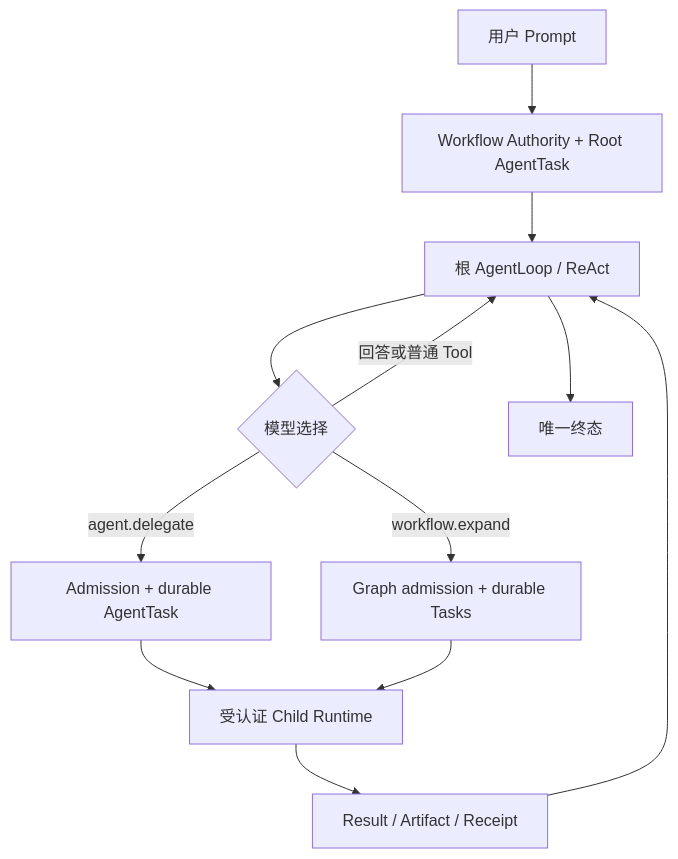
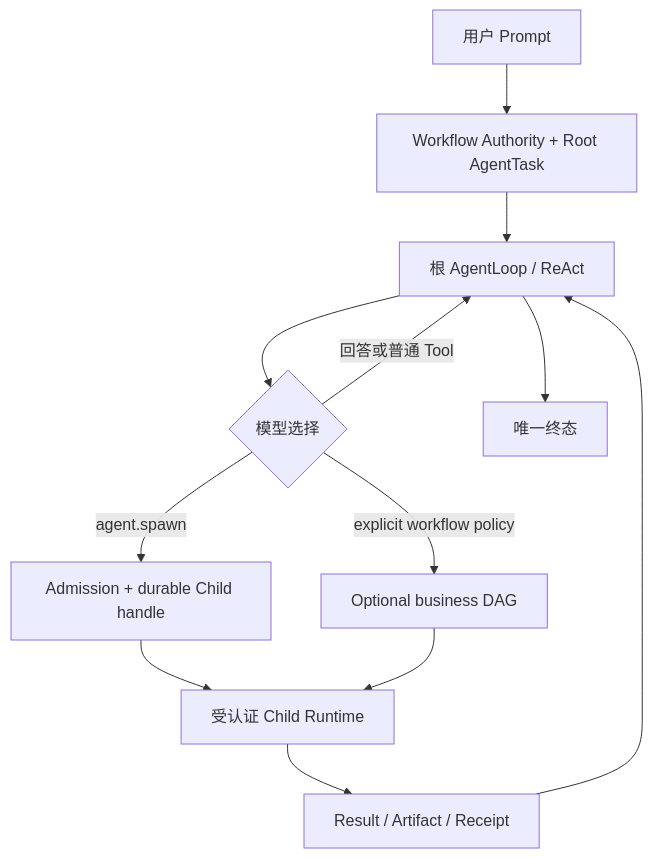
The diagram in README.md (zr314/praxis-architecture-showcase), drawn with Mermaid before and after one commit. The commit also changed other lines of this file and 111 other files, not shown here.

````diff
--- a/README.md
+++ b/README.md
@@ -103,14 +105,14 @@
 ```mermaid
 flowchart TD
     P["用户 Prompt"] --> W["Workflow Authority + Root AgentTask"]
     W --> L["根 AgentLoop / ReAct"]
     L --> D{"模型选择"}
     D -->|"回答或普通 Tool"| L
-    D -->|"agent.delegate"| A["Admission + durable AgentTask"]
-    D -->|"workflow.expand"| G["Graph admission + durable Tasks"]
+    D -->|"agent.spawn"| A["Admission + durable Child handle"]
+    D -->|"explicit workflow policy"| G["Optional business DAG"]
     A --> C["受认证 Child Runtime"]
     G --> C
     C --> R["Result / Artifact / Receipt"]
     R --> L
     L --> T["唯一终态"]
 ```
````
